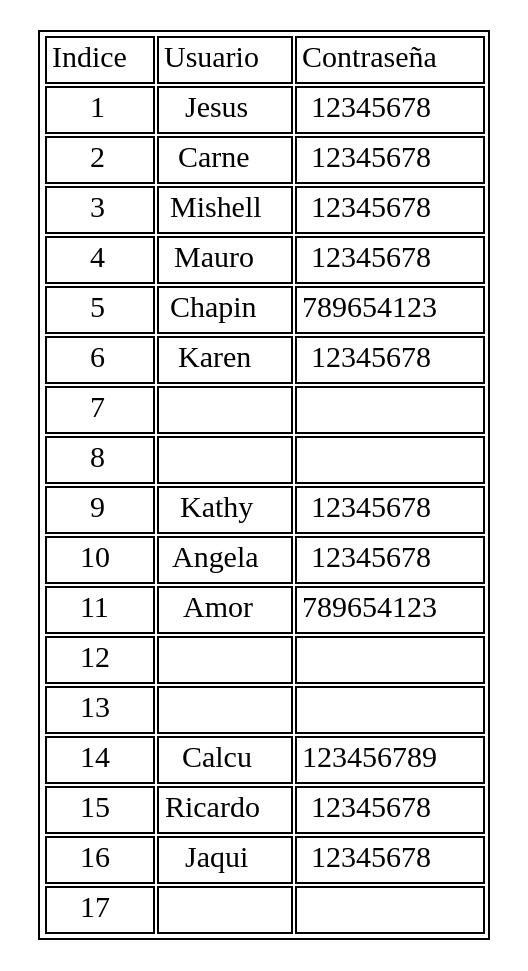
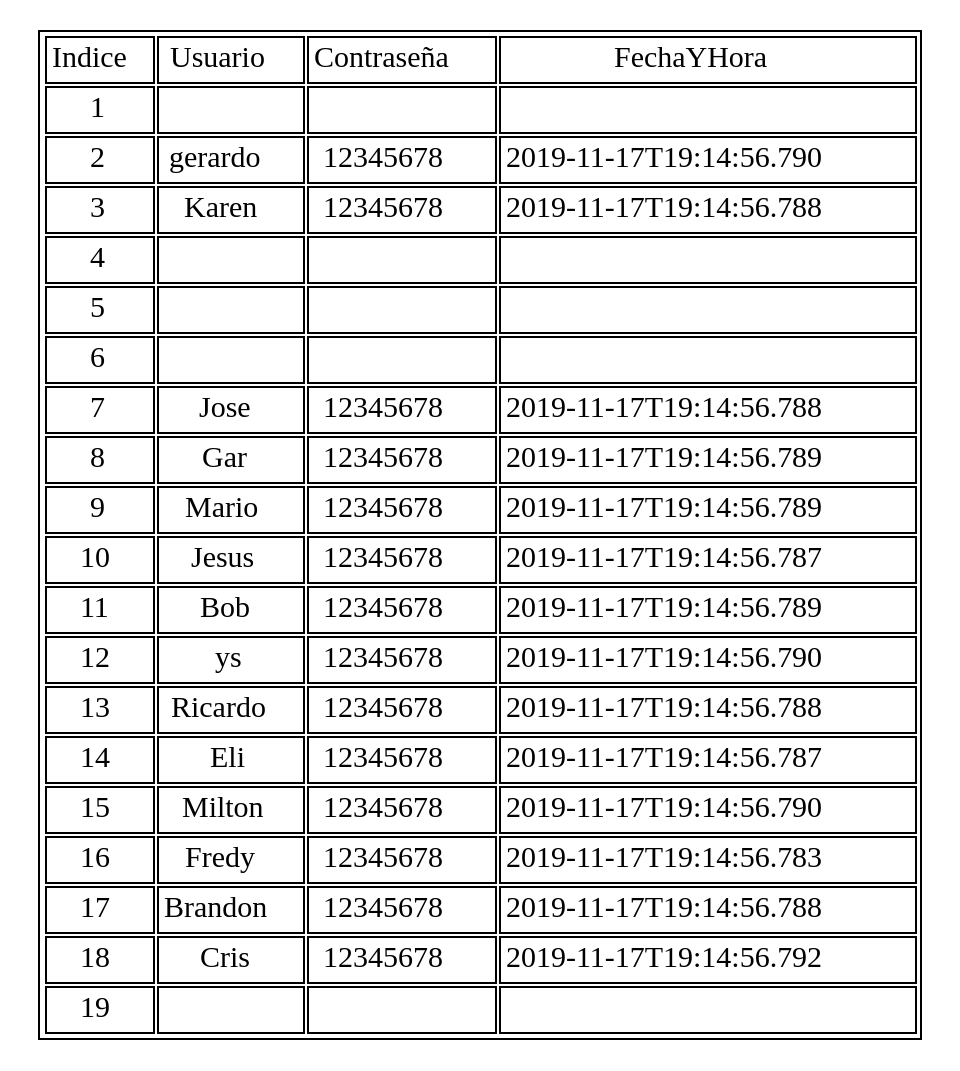
One commit to fraced97/EDD_2S2019_PY2_201700350 changed the diagram in HashTable.dot. Above: the diagram before and after it, drawn with Graphviz. The commit also changed 9 other files, not shown here.

```diff
--- a/HashTable.dot
+++ b/HashTable.dot
@@ -7,76 +7,13 @@
                 <TD>Indice</TD>
                 <TD>Usuario</TD>
 	      <TD>Contraseña</TD>
-            </TR>
+                <TD>FechaYHora</TD>            </TR>
 <TR>
 <TD>
 1
 </TD>
 <TD>
-Jesus
-</TD>
-<TD>
-12345678
-</TD>
-</TR>
-<TR>
-<TD>
-2
-</TD>
-<TD>
-Carne
-</TD>
-<TD>
-12345678
-</TD>
-</TR>
-<TR>
-<TD>
-3
-</TD>
-<TD>
-Mishell
-</TD>
-<TD>
-12345678
-</TD>
-</TR>
-<TR>
-<TD>
-4
-</TD>
-<TD>
-Mauro
-</TD>
-<TD>
-12345678
-</TD>
-</TR>
-<TR>
-<TD>
-5
-</TD>
-<TD>
-Chapin
-</TD>
-<TD>
-789654123
-</TD>
-</TR>
-<TR>
-<TD>
-6
-</TD>
-<TD>
-Karen
-</TD>
-<TD>
-12345678
-</TD>
-</TR>
-<TR>
-<TD>
-7
+
 </TD>
 <TD>
 
@@ -87,7 +24,38 @@
 </TR>
 <TR>
 <TD>
-8
+2
+</TD>
+<TD>
+gerardo
+</TD>
+<TD>
+12345678
+</TD>
+<TD>
+2019-11-17T19:14:56.790
+</TD>
+</TR>
+<TR>
+<TD>
+3
+</TD>
+<TD>
+Karen
+</TD>
+<TD>
+12345678
+</TD>
+<TD>
+2019-11-17T19:14:56.788
+</TD>
+</TR>
+<TR>
+<TD>
+4
+</TD>
+<TD>
+
 </TD>
 <TD>
 
@@ -98,40 +66,10 @@
 </TR>
 <TR>
 <TD>
-9
+5
 </TD>
 <TD>
-Kathy
-</TD>
-<TD>
-12345678
-</TD>
-</TR>
-<TR>
-<TD>
-10
-</TD>
-<TD>
-Angela
-</TD>
-<TD>
-12345678
-</TD>
-</TR>
-<TR>
-<TD>
-11
-</TD>
-<TD>
-Amor
-</TD>
-<TD>
-789654123
-</TD>
-</TR>
-<TR>
-<TD>
-12
+
 </TD>
 <TD>
 
@@ -142,7 +80,10 @@
 </TR>
 <TR>
 <TD>
-13
+6
+</TD>
+<TD>
+
 </TD>
 <TD>
 
@@ -153,13 +94,114 @@
 </TR>
 <TR>
 <TD>
+7
+</TD>
+<TD>
+Jose
+</TD>
+<TD>
+12345678
+</TD>
+<TD>
+2019-11-17T19:14:56.788
+</TD>
+</TR>
+<TR>
+<TD>
+8
+</TD>
+<TD>
+Gar
+</TD>
+<TD>
+12345678
+</TD>
+<TD>
+2019-11-17T19:14:56.789
+</TD>
+</TR>
+<TR>
+<TD>
+9
+</TD>
+<TD>
+Mario
+</TD>
+<TD>
+12345678
+</TD>
+<TD>
+2019-11-17T19:14:56.789
+</TD>
+</TR>
+<TR>
+<TD>
+10
+</TD>
+<TD>
+Jesus
+</TD>
+<TD>
+12345678
+</TD>
+<TD>
+2019-11-17T19:14:56.787
+</TD>
+</TR>
+<TR>
+<TD>
+11
+</TD>
+<TD>
+Bob
+</TD>
+<TD>
+12345678
+</TD>
+<TD>
+2019-11-17T19:14:56.789
+</TD>
+</TR>
+<TR>
+<TD>
+12
+</TD>
+<TD>
+ys
+</TD>
+<TD>
+12345678
+</TD>
+<TD>
+2019-11-17T19:14:56.790
+</TD>
+</TR>
+<TR>
+<TD>
+13
+</TD>
+<TD>
+Ricardo
+</TD>
+<TD>
+12345678
+</TD>
+<TD>
+2019-11-17T19:14:56.788
+</TD>
+</TR>
+<TR>
+<TD>
 14
 </TD>
 <TD>
-Calcu
+Eli
 </TD>
 <TD>
-123456789
+12345678
+</TD>
+<TD>
+2019-11-17T19:14:56.787
 </TD>
 </TR>
 <TR>
@@ -167,10 +209,13 @@
 15
 </TD>
 <TD>
-Ricardo
+Milton
 </TD>
 <TD>
 12345678
+</TD>
+<TD>
+2019-11-17T19:14:56.790
 </TD>
 </TR>
 <TR>
@@ -178,15 +223,49 @@
 16
 </TD>
 <TD>
-Jaqui
+Fredy
 </TD>
 <TD>
 12345678
+</TD>
+<TD>
+2019-11-17T19:14:56.783
 </TD>
 </TR>
 <TR>
 <TD>
 17
+</TD>
+<TD>
+Brandon
+</TD>
+<TD>
+12345678
+</TD>
+<TD>
+2019-11-17T19:14:56.788
+</TD>
+</TR>
+<TR>
+<TD>
+18
+</TD>
+<TD>
+Cris
+</TD>
+<TD>
+12345678
+</TD>
+<TD>
+2019-11-17T19:14:56.792
+</TD>
+</TR>
+<TR>
+<TD>
+19
+</TD>
+<TD>
+
 </TD>
 <TD>
 
```
